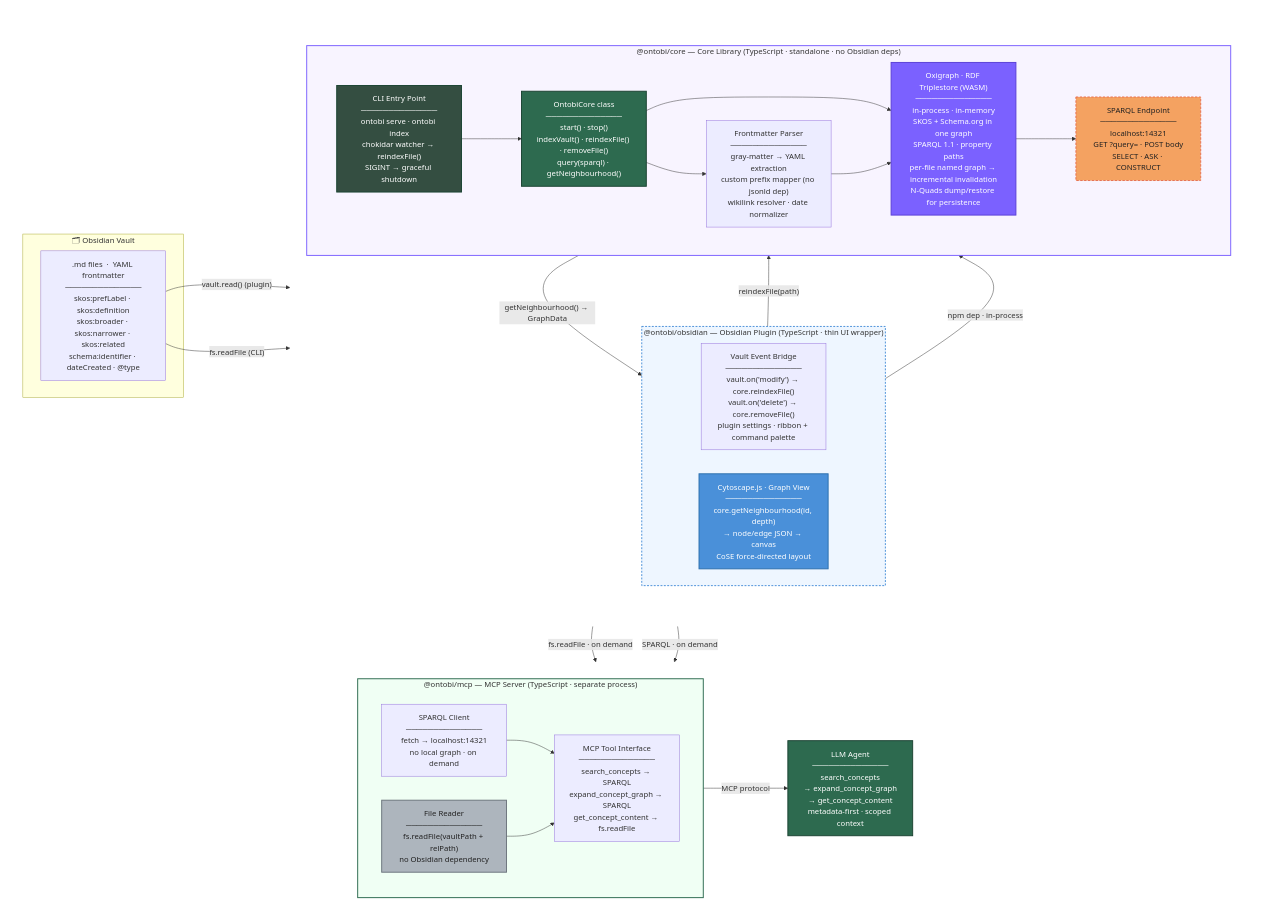
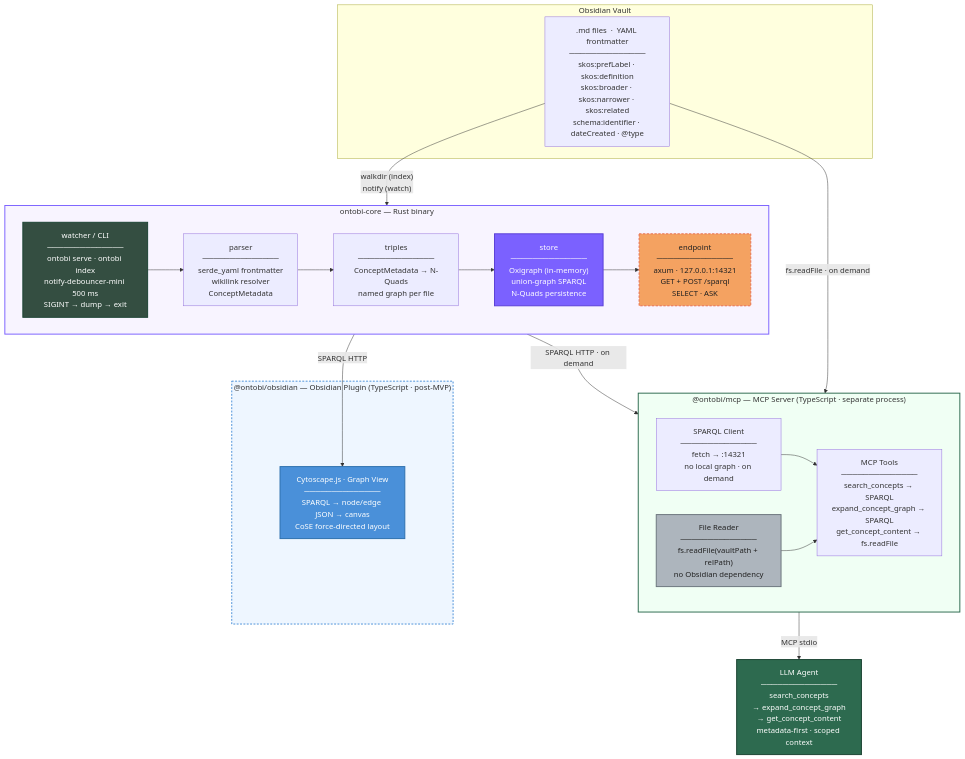
One commit to aTigar/ontobi changed the diagram in docs/ARCHITECTURE.md. Above: the diagram before and after it, drawn with Mermaid. The commit also changed other lines of this file and 1 other file, not shown here.

Commit message:
refactor: CLI ergonomics and accurate architecture diagram (#30)
- Replace --index (default true) with --no-index (default false).
  Default behaviour is unchanged: ontobi serve always indexes on startup.
  Fast restarts skipping re-scan are now explicit: ontobi serve --no-index.

- Make --vault optional; falls back to ONTOBI_VAULT_PATH env var,
  consistent with @ontobi/mcp which already reads the same variable.
  Missing both prints a clear actionable error message.

- Redraw ARCHITECTURE.md mermaid diagram to reflect the real Rust module
  layout (parser → triples → store → endpoint, watcher/CLI as entry point).
  Removes all references to the deleted TypeScript @ontobi/core internals
  (OntobiCore class, gray-matter, chokidar, Oxigraph WASM).

````diff
--- a/docs/ARCHITECTURE.md
+++ b/docs/ARCHITECTURE.md
@@ -5,74 +5,48 @@
 ```mermaid
 flowchart TB
 
-    subgraph TOP_ROW[" "]
-        direction LR
-
-        subgraph VAULT["🗂 Obsidian Vault"]
-            MD[".md files  ·  YAML frontmatter<br/>──────────────<br/>skos:prefLabel · skos:definition<br/>skos:broader · skos:narrower · skos:related<br/>schema:identifier · dateCreated · @type"]
-        end
-
-        subgraph ONTOBI_STACK[" "]
-            direction TB
-
-            subgraph ONTOBI_PLUGIN["@ontobi/obsidian  —  Obsidian Plugin (TypeScript · thin UI wrapper)"]
-                direction LR
-                OBS_BRIDGE["Vault Event Bridge<br/>──────────────<br/>vault.on('modify') → core.reindexFile()<br/>vault.on('delete') → core.removeFile()<br/>plugin settings · ribbon + command palette"]
-                OBS_VIZ["Cytoscape.js · Graph View<br/>──────────────<br/>core.getNeighbourhood(id, depth)<br/>→ node/edge JSON → canvas<br/>CoSE force-directed layout"]
-            end
-
-            subgraph ONTOBI_CORE["@ontobi/core  —  Core Library (TypeScript · standalone · no Obsidian deps)"]
-                direction LR
-                CLI["CLI Entry Point<br/>──────────────<br/>ontobi serve · ontobi index<br/>chokidar watcher → reindexFile()<br/>SIGINT → graceful shutdown"]
-                API["OntobiCore class<br/>──────────────<br/>start() · stop()<br/>indexVault() · reindexFile() · removeFile()<br/>query(sparql) · getNeighbourhood()"]
-                PARSER["Frontmatter Parser<br/>──────────────<br/>gray-matter → YAML extraction<br/>custom prefix mapper (no jsonld dep)<br/>wikilink resolver · date normalizer"]
-                OXI["Oxigraph · RDF Triplestore (WASM)<br/>──────────────<br/>in-process · in-memory<br/>SKOS + Schema.org in one graph<br/>SPARQL 1.1 · property paths<br/>per-file named graph → incremental invalidation<br/>N-Quads dump/restore for persistence"]
-                HTTP["SPARQL Endpoint<br/>──────────────<br/>localhost:14321<br/>GET ?query= · POST body<br/>SELECT · ASK · CONSTRUCT"]
-                CLI --> API
-                API --> PARSER
-                API --> OXI
-                PARSER --> OXI
-                OXI --> HTTP
-            end
-
-            ONTOBI_PLUGIN -- "npm dep · in-process" --> ONTOBI_CORE
-        end
+    subgraph VAULT["Obsidian Vault"]
+        MD[".md files  ·  YAML frontmatter<br/>──────────────<br/>skos:prefLabel · skos:definition<br/>skos:broader · skos:narrower · skos:related<br/>schema:identifier · dateCreated · @type"]
     end
 
-    subgraph BOTTOM_ROW[" "]
+    subgraph CORE["ontobi-core  —  Rust binary"]
         direction LR
-
-        subgraph MCP_SERVER["@ontobi/mcp  —  MCP Server (TypeScript · separate process)"]
-            direction LR
-            SPARQL_CLIENT["SPARQL Client<br/>──────────────<br/>fetch → localhost:14321<br/>no local graph · on demand"]
-            FILE_READER["File Reader<br/>──────────────<br/>fs.readFile(vaultPath + relPath)<br/>no Obsidian dependency"]
-            TOOLS["MCP Tool Interface<br/>──────────────<br/>search_concepts → SPARQL<br/>expand_concept_graph → SPARQL<br/>get_concept_content → fs.readFile"]
-            SPARQL_CLIENT --> TOOLS
-            FILE_READER --> TOOLS
-        end
-
-        AGENT["LLM Agent<br/>──────────────<br/>search_concepts<br/>→ expand_concept_graph<br/>→ get_concept_content<br/>metadata-first · scoped context"]
+        WATCHER["watcher / CLI<br/>──────────────<br/>ontobi serve · ontobi index<br/>notify-debouncer-mini 500 ms<br/>SIGINT → dump → exit"]
+        PARSER["parser<br/>──────────────<br/>serde_yaml frontmatter<br/>wikilink resolver<br/>ConceptMetadata"]
+        TRIPLES["triples<br/>──────────────<br/>ConceptMetadata → N-Quads<br/>named graph per file"]
+        STORE["store<br/>──────────────<br/>Oxigraph (in-memory)<br/>union-graph SPARQL<br/>N-Quads persistence"]
+        ENDPOINT["endpoint<br/>──────────────<br/>axum · 127.0.0.1:14321<br/>GET + POST /sparql<br/>SELECT · ASK"]
+        WATCHER --> PARSER --> TRIPLES --> STORE --> ENDPOINT
     end
 
-    MD -- "fs.readFile (CLI)" --> CLI
-    MD -- "vault.read() (plugin)" --> OBS_BRIDGE
+    subgraph MCP["@ontobi/mcp  —  MCP Server (TypeScript · separate process)"]
+        direction LR
+        SPARQL_CLIENT["SPARQL Client<br/>──────────────<br/>fetch → :14321<br/>no local graph · on demand"]
+        FILE_READER["File Reader<br/>──────────────<br/>fs.readFile(vaultPath + relPath)<br/>no Obsidian dependency"]
+        TOOLS["MCP Tools<br/>──────────────<br/>search_concepts → SPARQL<br/>expand_concept_graph → SPARQL<br/>get_concept_content → fs.readFile"]
+        SPARQL_CLIENT --> TOOLS
+        FILE_READER --> TOOLS
+    end
+
+    subgraph PLUGIN["@ontobi/obsidian  —  Obsidian Plugin (TypeScript · post-MVP)"]
+        OBS_VIZ["Cytoscape.js · Graph View<br/>──────────────<br/>SPARQL → node/edge JSON → canvas<br/>CoSE force-directed layout"]
+    end
+
+    AGENT["LLM Agent<br/>──────────────<br/>search_concepts<br/>→ expand_concept_graph<br/>→ get_concept_content<br/>metadata-first · scoped context"]
+
+    MD -- "walkdir (index)<br/>notify (watch)" --> WATCHER
     MD -- "fs.readFile · on demand" --> FILE_READER
-    OBS_BRIDGE -- "reindexFile(path)" --> API
-    API -- "getNeighbourhood() → GraphData" --> OBS_VIZ
-    HTTP -- "SPARQL · on demand" --> SPARQL_CLIENT
-    TOOLS -- "MCP protocol" --> AGENT
+    ENDPOINT -- "SPARQL HTTP · on demand" --> SPARQL_CLIENT
+    ENDPOINT -- "SPARQL HTTP" --> OBS_VIZ
+    TOOLS -- "MCP stdio" --> AGENT
 
     style AGENT         fill:#2d6a4f,color:#fff,stroke:#1b4332,stroke-width:2px
-    style OXI           fill:#7b61ff,color:#fff,stroke:#5a3fd6,stroke-width:2px
-    style HTTP          fill:#f4a261,color:#222,stroke:#e76f51,stroke-width:2px,stroke-dasharray:5 3
-    style API           fill:#2d6a4f,color:#fff,stroke:#1b4332,stroke-width:2px
-    style CLI           fill:#344e41,color:#fff,stroke:#1b4332,stroke-width:2px
+    style STORE         fill:#7b61ff,color:#fff,stroke:#5a3fd6,stroke-width:2px
+    style ENDPOINT      fill:#f4a261,color:#222,stroke:#e76f51,stroke-width:2px,stroke-dasharray:5 3
+    style WATCHER       fill:#344e41,color:#fff,stroke:#1b4332,stroke-width:2px
     style OBS_VIZ       fill:#4a90d9,color:#fff,stroke:#2c6fad,stroke-width:2px
     style FILE_READER   fill:#adb5bd,color:#222,stroke:#6c757d,stroke-width:2px
-    style ONTOBI_PLUGIN fill:#eef6ff,stroke:#4a90d9,stroke-width:2px,stroke-dasharray:4 3
-    style ONTOBI_CORE   fill:#f8f4ff,stroke:#7b61ff,stroke-width:2px
-    style MCP_SERVER    fill:#f0fff4,stroke:#2d6a4f,stroke-width:2px
-    style TOP_ROW       fill:none,stroke:none
-    style ONTOBI_STACK  fill:none,stroke:none
-    style BOTTOM_ROW    fill:none,stroke:none
+    style PLUGIN        fill:#eef6ff,stroke:#4a90d9,stroke-width:2px,stroke-dasharray:4 3
+    style CORE          fill:#f8f4ff,stroke:#7b61ff,stroke-width:2px
+    style MCP           fill:#f0fff4,stroke:#2d6a4f,stroke-width:2px
 ```
````
